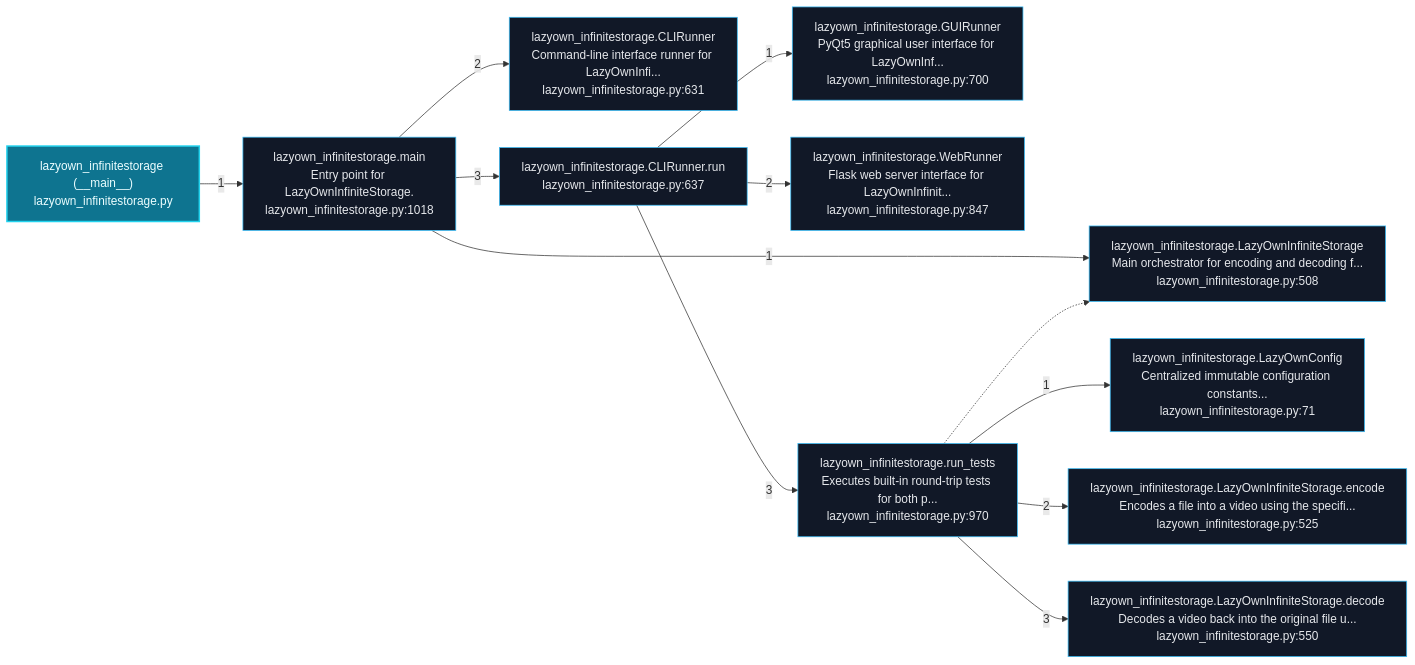
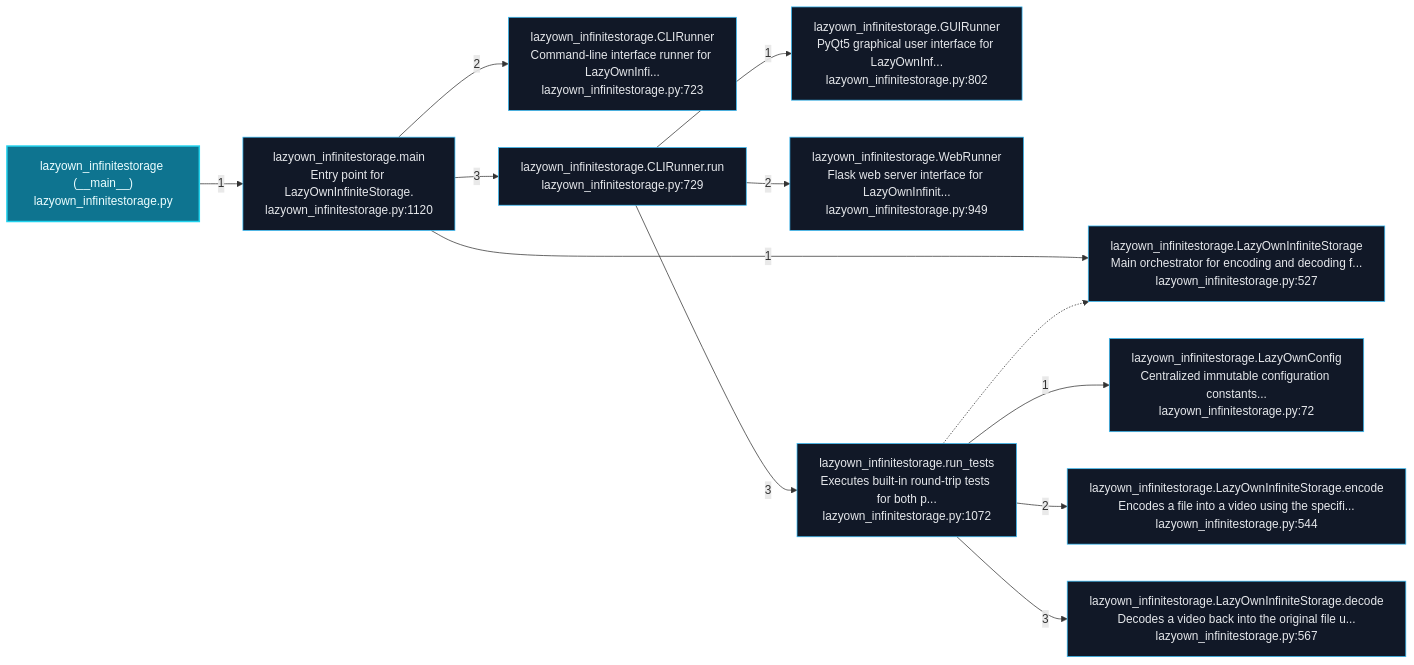
Before and after one commit to grisuno/LazyOwnInfiniteStorage: the fourth of 6 diagrams in readmenator-apidocs/architecture.md, drawn with Mermaid. The commit also changed other lines of this file and 86 other files, not shown here.

````diff
--- a/readmenator-apidocs/architecture.md
+++ b/readmenator-apidocs/architecture.md
@@ -136,27 +152,27 @@
 ```mermaid
 flowchart LR
     classDef default fill:#111827,stroke:#38bdf8,color:#e5e7eb;
     classDef entry fill:#0e7490,stroke:#22d3ee,color:#ecfeff,stroke-width:2px;
     n_lazyown_infinitestorage_py___main_["lazyown_infinitestorage (__main__)<br/>lazyown_infinitestorage.py"]:::entry
-    n_lazyown_infinitestorage_py__main["lazyown_infinitestorage.main<br/>Entry point for LazyOwnInfiniteStorage.<br/>lazyown_infinitestorage.py:1018"]:::default
-    n_lazyown_infinitestorage_py__LazyOwnInfiniteStorage["lazyown_infinitestorage.LazyOwnInfiniteStorage<br/>Main orchestrator for encoding and decoding f...<br/>lazyown_infinitestorage.py:508"]:::default
-    n_lazyown_infinitestorage_py__CLIRunner["lazyown_infinitestorage.CLIRunner<br/>Command-line interface runner for LazyOwnInfi...<br/>lazyown_infinitestorage.py:631"]:::default
-    n_lazyown_infinitestorage_py__run["lazyown_infinitestorage.CLIRunner.run<br/>lazyown_infinitestorage.py:637"]:::default
-    n_lazyown_infinitestorage_py__GUIRunner["lazyown_infinitestorage.GUIRunner<br/>PyQt5 graphical user interface for LazyOwnInf...<br/>lazyown_infinitestorage.py:700"]:::default
-    n_lazyown_infinitestorage_py__WebRunner["lazyown_infinitestorage.WebRunner<br/>Flask web server interface for LazyOwnInfinit...<br/>lazyown_infinitestorage.py:847"]:::default
-    n_lazyown_infinitestorage_py__run_tests["lazyown_infinitestorage.run_tests<br/>Executes built-in round-trip tests for both p...<br/>lazyown_infinitestorage.py:970"]:::default
-    n_lazyown_infinitestorage_py__LazyOwnConfig["lazyown_infinitestorage.LazyOwnConfig<br/>Centralized immutable configuration constants...<br/>lazyown_infinitestorage.py:71"]:::default
-    n_lazyown_infinitestorage_py__encode["lazyown_infinitestorage.LazyOwnInfiniteStorage.encode<br/>Encodes a file into a video using the specifi...<br/>lazyown_infinitestorage.py:525"]:::default
-    n_lazyown_infinitestorage_py__decode["lazyown_infinitestorage.LazyOwnInfiniteStorage.decode<br/>Decodes a video back into the original file u...<br/>lazyown_infinitestorage.py:550"]:::default
+    n_lazyown_infinitestorage_py__main["lazyown_infinitestorage.main<br/>Entry point for LazyOwnInfiniteStorage.<br/>lazyown_infinitestorage.py:1120"]:::default
+    n_lazyown_infinitestorage_py__LazyOwnInfiniteStorage["lazyown_infinitestorage.LazyOwnInfiniteStorage<br/>Main orchestrator for encoding and decoding f...<br/>lazyown_infinitestorage.py:527"]:::default
+    n_lazyown_infinitestorage_py__CLIRunner["lazyown_infinitestorage.CLIRunner<br/>Command-line interface runner for LazyOwnInfi...<br/>lazyown_infinitestorage.py:723"]:::default
+    n_lazyown_infinitestorage_py__run["lazyown_infinitestorage.CLIRunner.run<br/>lazyown_infinitestorage.py:729"]:::default
+    n_lazyown_infinitestorage_py__GUIRunner["lazyown_infinitestorage.GUIRunner<br/>PyQt5 graphical user interface for LazyOwnInf...<br/>lazyown_infinitestorage.py:802"]:::default
+    n_lazyown_infinitestorage_py__WebRunner["lazyown_infinitestorage.WebRunner<br/>Flask web server interface for LazyOwnInfinit...<br/>lazyown_infinitestorage.py:949"]:::default
+    n_lazyown_infinitestorage_py__run_tests["lazyown_infinitestorage.run_tests<br/>Executes built-in round-trip tests for both p...<br/>lazyown_infinitestorage.py:1072"]:::default
+    n_lazyown_infinitestorage_py__LazyOwnConfig["lazyown_infinitestorage.LazyOwnConfig<br/>Centralized immutable configuration constants...<br/>lazyown_infinitestorage.py:72"]:::default
+    n_lazyown_infinitestorage_py__encode["lazyown_infinitestorage.LazyOwnInfiniteStorage.encode<br/>Encodes a file into a video using the specifi...<br/>lazyown_infinitestorage.py:544"]:::default
+    n_lazyown_infinitestorage_py__decode["lazyown_infinitestorage.LazyOwnInfiniteStorage.decode<br/>Decodes a video back into the original file u...<br/>lazyown_infinitestorage.py:567"]:::default
     n_lazyown_infinitestorage_py___main_ -->|"1"| n_lazyown_infinitestorage_py__main
     n_lazyown_infinitestorage_py__main -->|"1"| n_lazyown_infinitestorage_py__LazyOwnInfiniteStorage
     n_lazyown_infinitestorage_py__main -->|"2"| n_lazyown_infinitestorage_py__CLIRunner
     n_lazyown_infinitestorage_py__main -->|"3"| n_lazyown_infinitestorage_py__run
     n_lazyown_infinitestorage_py__run -->|"1"| n_lazyown_infinitestorage_py__GUIRunner
     n_lazyown_infinitestorage_py__run -->|"2"| n_lazyown_infinitestorage_py__WebRunner
     n_lazyown_infinitestorage_py__run -->|"3"| n_lazyown_infinitestorage_py__run_tests
     n_lazyown_infinitestorage_py__run_tests -->|"1"| n_lazyown_infinitestorage_py__LazyOwnConfig
     n_lazyown_infinitestorage_py__run_tests -.-> n_lazyown_infinitestorage_py__LazyOwnInfiniteStorage
     n_lazyown_infinitestorage_py__run_tests -->|"2"| n_lazyown_infinitestorage_py__encode
     n_lazyown_infinitestorage_py__run_tests -->|"3"| n_lazyown_infinitestorage_py__decode
 ```
````
